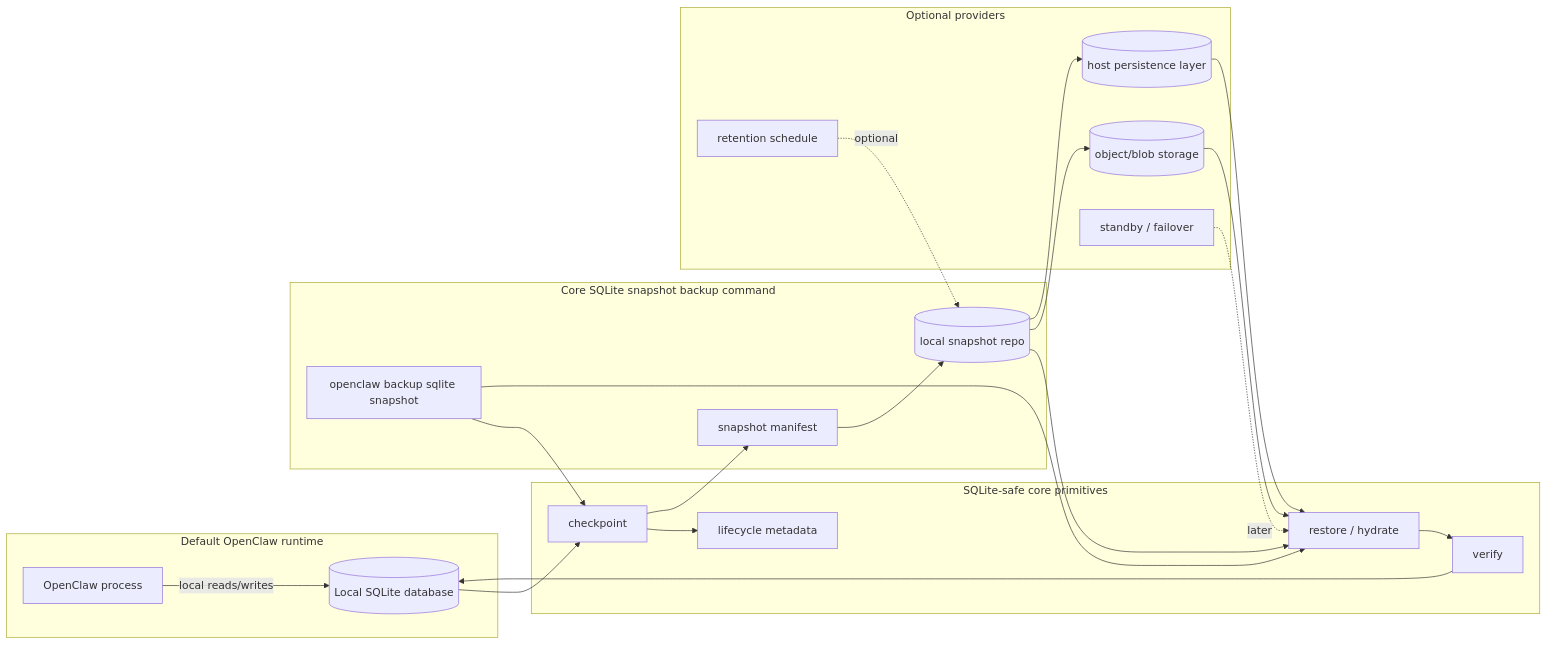
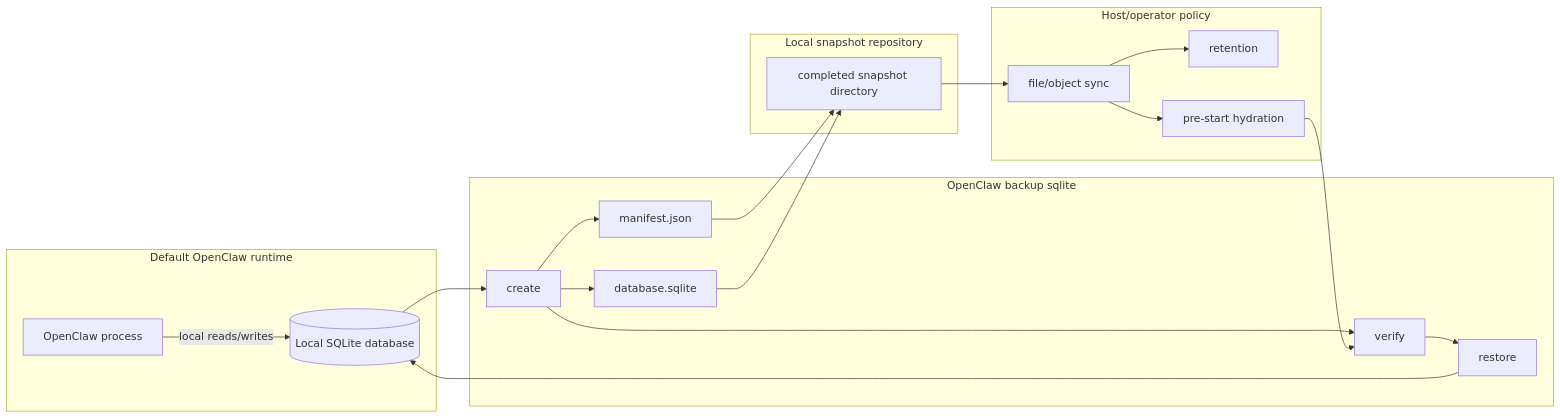
One commit to openclaw/rfcs changed the diagram in rfcs/0013-cloud-serializable-sqlite-state.md. Above: the diagram before and after it, drawn with Mermaid. The commit also changed other lines of this file, not shown here.

Commit message:
Update SQLite snapshot RFC to landed implementation

````diff
--- a/rfcs/0013-cloud-serializable-sqlite-state.md
+++ b/rfcs/0013-cloud-serializable-sqlite-state.md
@@ -174,44 +133,39 @@
 ```mermaid
 flowchart LR
   subgraph Runtime[Default OpenClaw runtime]
     App[OpenClaw process]
     DB[(Local SQLite database)]
     App -->|local reads/writes| DB
   end
 
-  subgraph Core[SQLite-safe core primitives]
-    Checkpoint[checkpoint]
+  subgraph Core[OpenClaw backup sqlite]
+    Create[create]
     Verify[verify]
-    Restore[restore / hydrate]
-    Metadata[lifecycle metadata]
+    Restore[restore]
+    Manifest[manifest.json]
+    Artifact[database.sqlite]
   end
 
-  subgraph Command[Core SQLite snapshot backup command]
-    Cmd[openclaw backup sqlite snapshot]
-    Manifest[snapshot manifest]
-    LocalRepo[(local snapshot repo)]
+  subgraph Repo[Local snapshot repository]
+    SnapshotDir[completed snapshot directory]
   end
 
-  subgraph Providers[Optional providers]
-    Object[(object/blob storage)]
-    Host[(host persistence layer)]
-    Retention[retention schedule]
-    Failover[standby / failover]
+  subgraph Host[Host/operator policy]
+    Sync[file/object sync]
+    Retain[retention]
+    Startup[pre-start hydration]
   end
 
-  DB --> Checkpoint
-  Checkpoint --> Metadata
-  Checkpoint --> Manifest
-  Cmd --> Checkpoint
-  Cmd --> Restore
-  Manifest --> LocalRepo
-  LocalRepo --> Restore
-  LocalRepo --> Object
-  LocalRepo --> Host
-  Object --> Restore
-  Host --> Restore
-  Restore --> Verify
-  Verify --> DB
-  Retention -. optional .-> LocalRepo
-  Failover -. later .-> Restore
+  DB --> Create
+  Create --> Verify
+  Create --> Manifest
+  Create --> Artifact
+  Manifest --> SnapshotDir
+  Artifact --> SnapshotDir
+  SnapshotDir --> Sync
+  Sync --> Retain
+  Sync --> Startup
+  Startup --> Verify
+  Verify --> Restore
+  Restore --> DB
 ```
````
